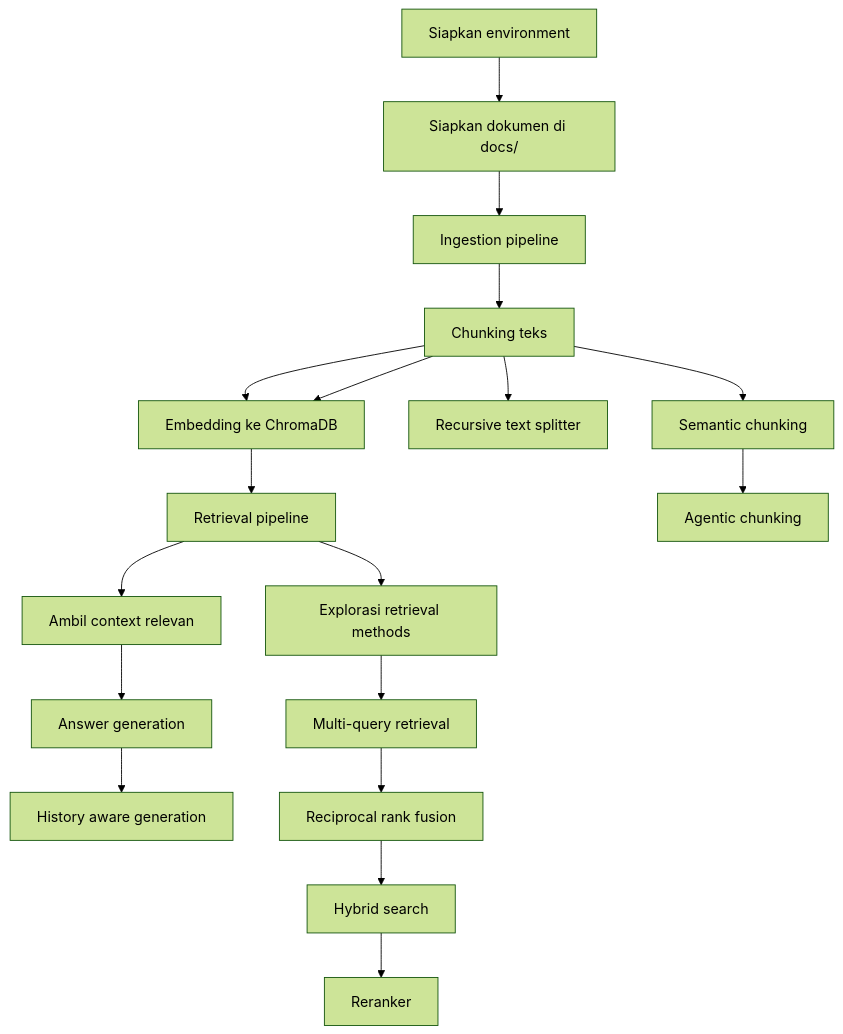
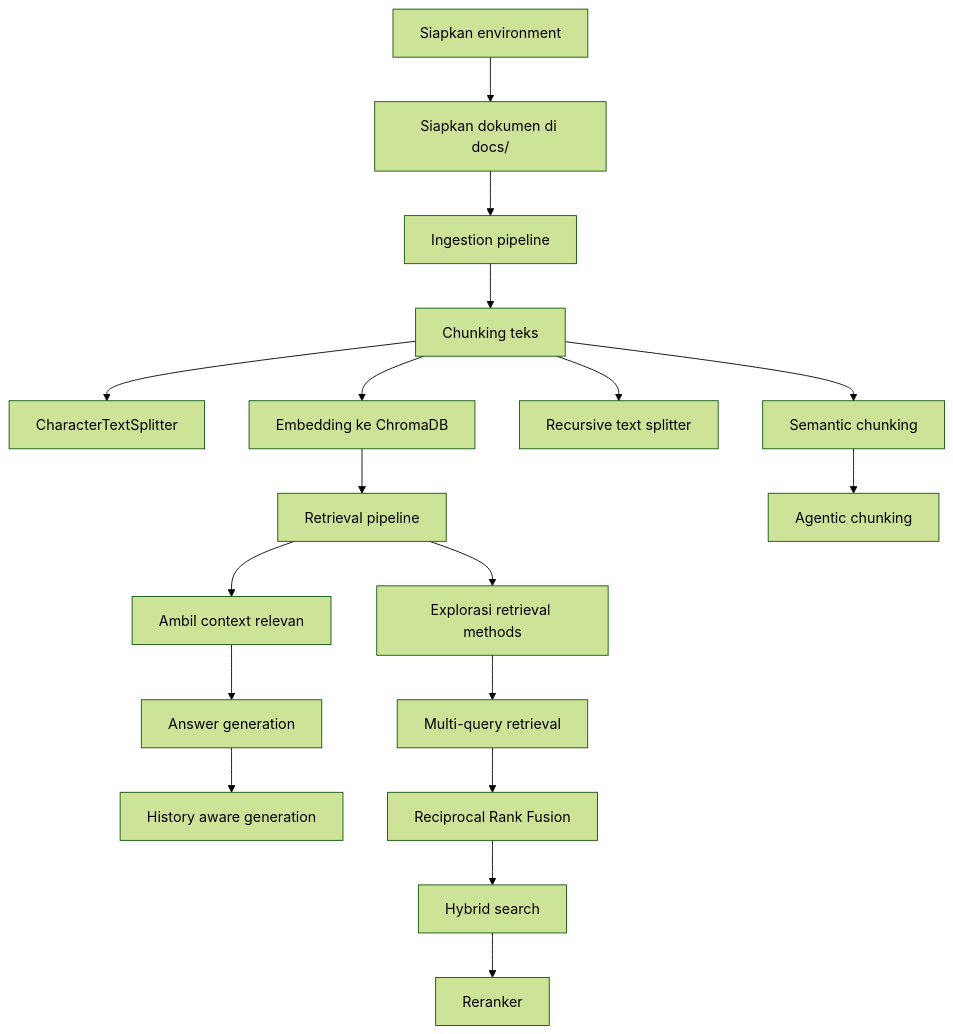
One commit to taufiq26127/complete-rag-tutorial changed the diagram in README.md. Above: the diagram before and after it, drawn with Mermaid (forest theme). The commit also changed other lines of this file, not shown here.

````diff
--- a/README.md
+++ b/README.md
@@ -31,20 +31,20 @@
 ```mermaid
 flowchart TD
 	A[Siapkan environment] --> B[Siapkan dokumen di docs/]
 	B --> C[Ingestion pipeline]
 	C --> D[Chunking teks]
-    D --> E[CharacterTextSplitter]
+    D --> Z[CharacterTextSplitter]
 	D --> E[Embedding ke ChromaDB]
 	E --> F[Retrieval pipeline]
 	F --> G[Ambil context relevan]
 	G --> H[Answer generation]
 	H --> I[History aware generation]
 	D --> J[Recursive text splitter]
 	D --> K[Semantic chunking]
 	K --> L[Agentic chunking]
 	F --> M[Explorasi retrieval methods]
 	M --> N[Multi-query retrieval]
-	N --> O[Reciprocal rank fusion]
+	N --> O[Reciprocal Rank Fusion]
 	O --> P[Hybrid search]
 	P --> Q[Reranker]
 ```
````
